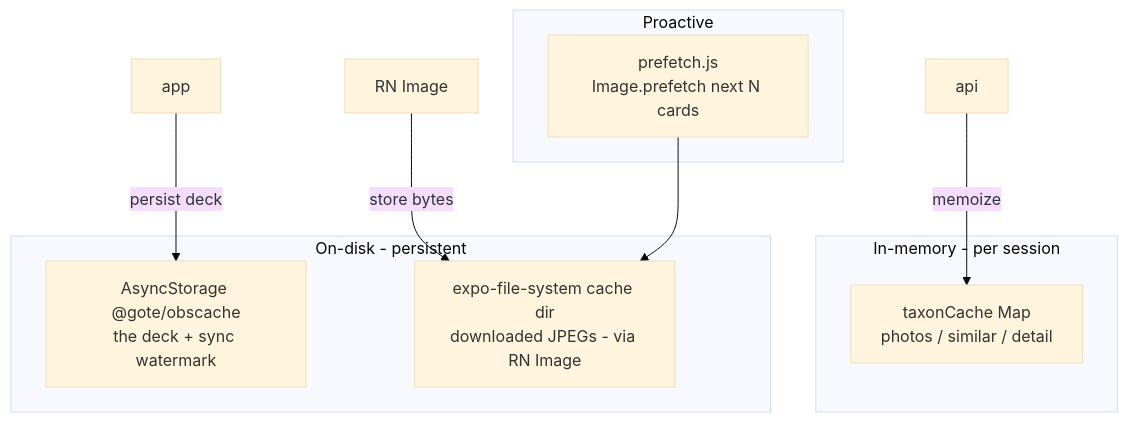
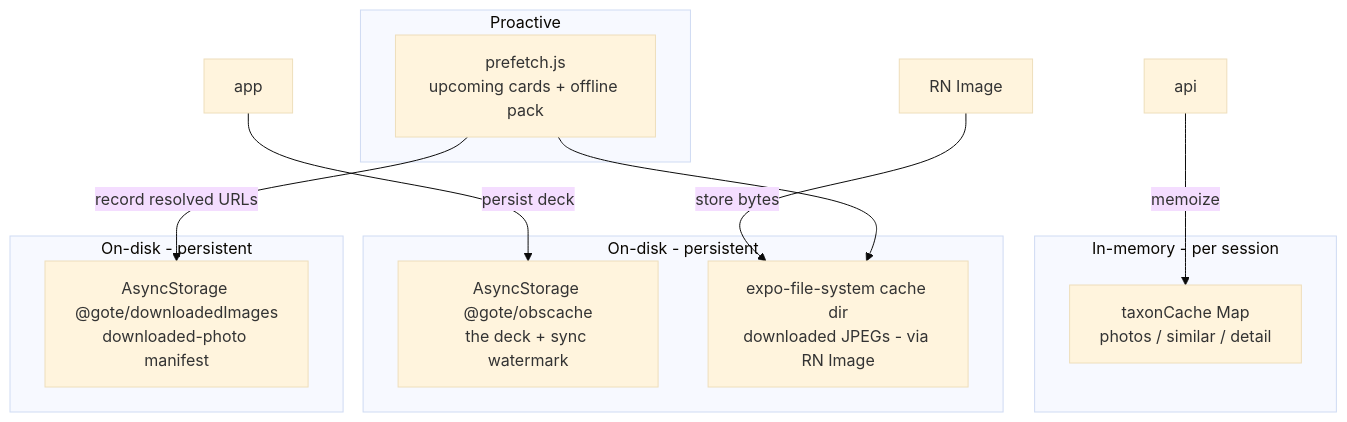
The sixth of 7 diagrams in docs/ARCHITECTURE.md (turbolya/gote), drawn with Mermaid (base theme) before and after one commit. The commit also changed other lines of this file and 2 other files, not shown here.

First line of the commit message:
Docs: log offline behavior + data versioning across architecture/README

````diff
--- a/docs/ARCHITECTURE.md
+++ b/docs/ARCHITECTURE.md
@@ -285,18 +297,22 @@
 ```mermaid
 flowchart TB
   subgraph mem[In-memory - per session]
     t[taxonCache Map\nphotos / similar / detail]
   end
   subgraph disk[On-disk - persistent]
     o[AsyncStorage @gote/obscache\nthe deck + sync watermark]
     p[expo-file-system cache dir\ndownloaded JPEGs - via RN Image]
   end
   subgraph warm[Proactive]
-    pf[prefetch.js\nImage.prefetch next N cards]
+    pf[prefetch.js\nupcoming cards + offline pack]
+  end
+  subgraph disk2[On-disk - persistent]
+    dm[AsyncStorage @gote/downloadedImages\ndownloaded-photo manifest]
   end
 
   api -->|memoize| t
   app -->|persist deck| o
   rnimg[RN Image] -->|store bytes| p
   pf --> p
+  pf -->|record resolved URLs| dm
 ```
````
